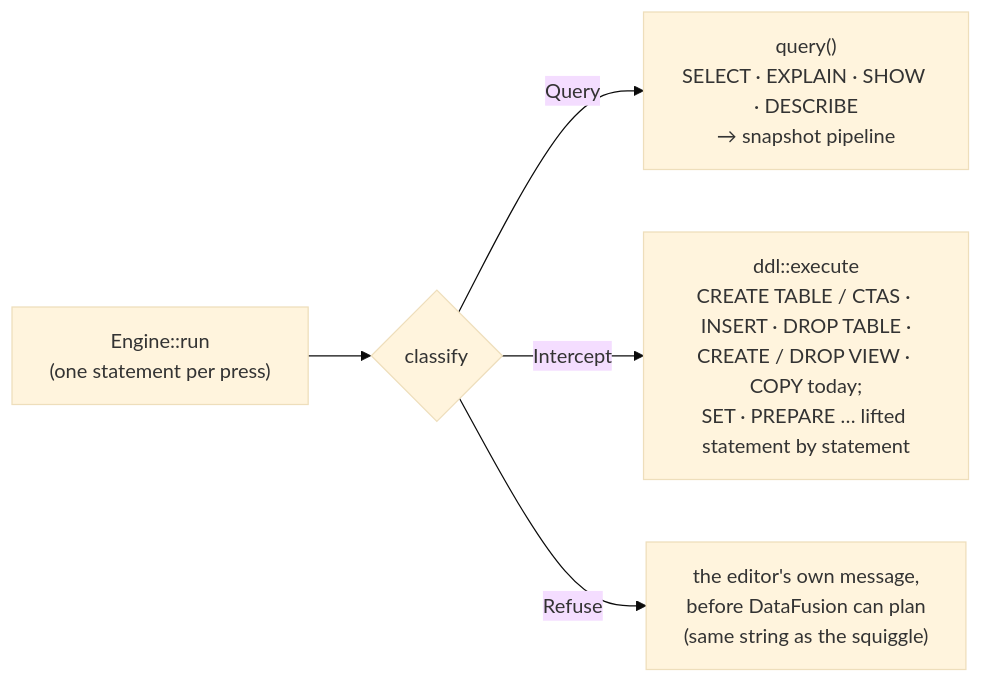
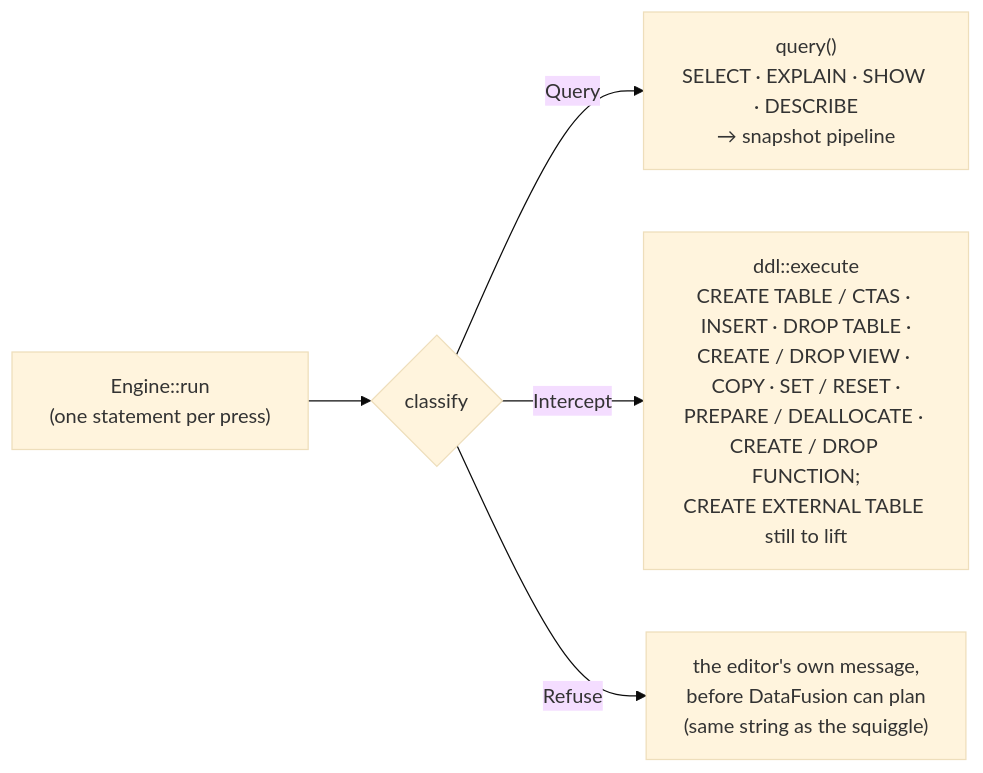
The second of 2 diagrams in docs/ARCHITECTURE.md (alexparlett/strata), drawn with Mermaid (base theme) before and after one commit. The commit also changed 19 other files, not shown here.

First line of the commit message:
ED-09: CREATE/DROP FUNCTION over DataFusion's own factory seam

````diff
--- a/docs/ARCHITECTURE.md
+++ b/docs/ARCHITECTURE.md
@@ -91,7 +91,7 @@
 ```mermaid
 flowchart LR
     RUN["Engine::run<br/>(one statement per press)"] --> C{classify}
     C -->|Query| Q["query()<br/>SELECT · EXPLAIN · SHOW · DESCRIBE<br/>→ snapshot pipeline"]
-    C -->|Intercept| I["ddl::execute<br/>CREATE TABLE / CTAS · INSERT · DROP TABLE ·<br/>CREATE / DROP VIEW · COPY today;<br/>SET · PREPARE … lifted statement by statement"]
+    C -->|Intercept| I["ddl::execute<br/>CREATE TABLE / CTAS · INSERT · DROP TABLE ·<br/>CREATE / DROP VIEW · COPY · SET / RESET ·<br/>PREPARE / DEALLOCATE · CREATE / DROP FUNCTION;<br/>CREATE EXTERNAL TABLE still to lift"]
     C -->|Refuse| R["the editor's own message,<br/>before DataFusion can plan<br/>(same string as the squiggle)"]
 ```
````
